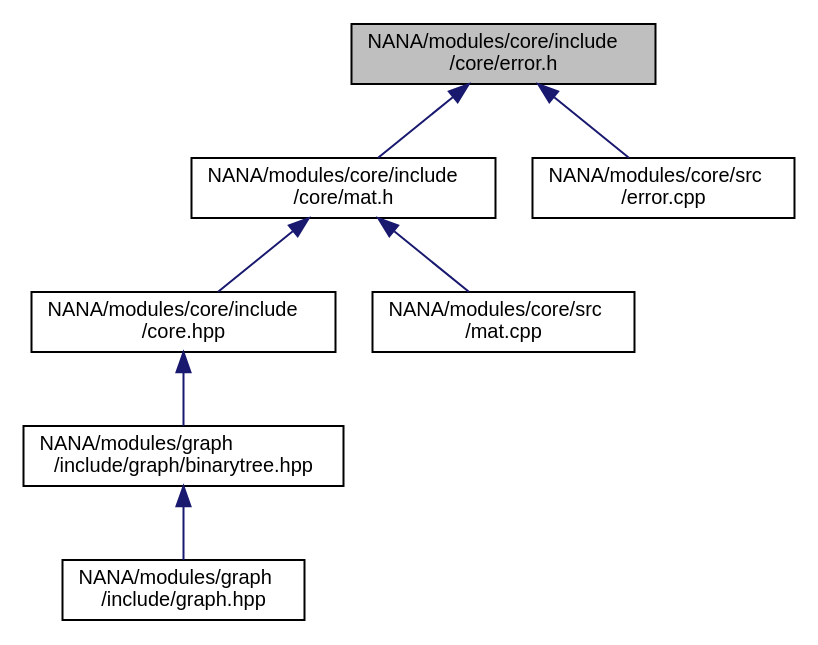
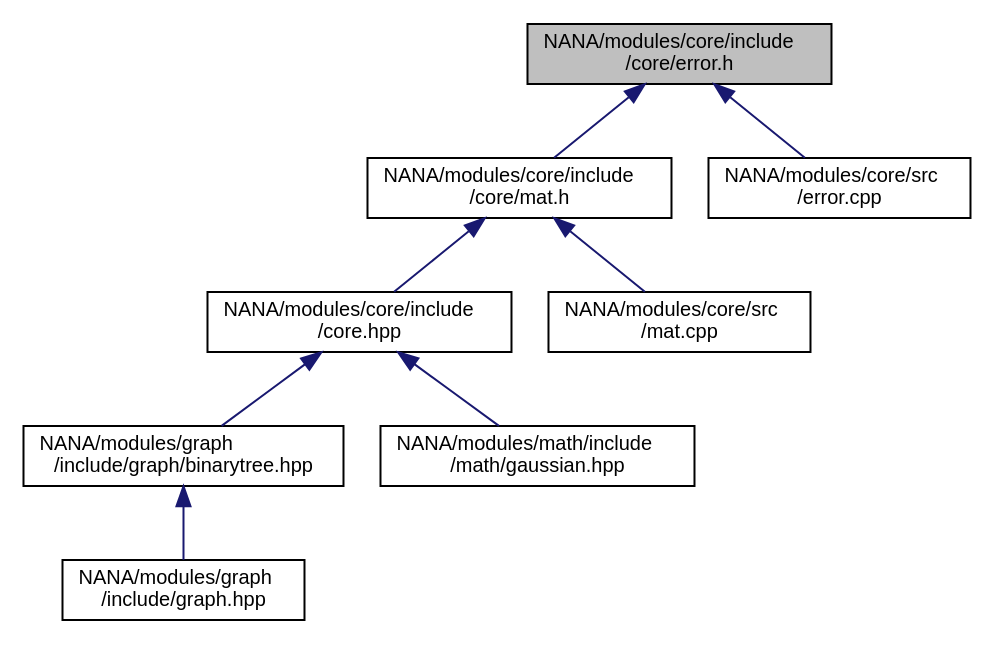
The diagram in docs/error_8h__dep__incl.dot (YuruTu/NANA), drawn with Graphviz before and after one commit. The commit also changed 149 other files, not shown here.

```diff
--- a/docs/error_8h__dep__incl.dot
+++ b/docs/error_8h__dep__incl.dot
@@ -1,19 +1,21 @@
 digraph "NANA/modules/core/include/core/error.h"
 {
  // LATEX_PDF_SIZE
   edge [fontname="Helvetica",fontsize="10",labelfontname="Helvetica",labelfontsize="10"];
   node [fontname="Helvetica",fontsize="10",shape=record];
   Node1 [label="NANA/modules/core/include\l/core/error.h",height=0.2,width=0.4,color="black", fillcolor="grey75", style="filled", fontcolor="black",tooltip="用于抛出异常"];
   Node1 -> Node2 [dir="back",color="midnightblue",fontsize="10",style="solid",fontname="Helvetica"];
   Node2 [label="NANA/modules/core/include\l/core/mat.h",height=0.2,width=0.4,color="black", fillcolor="white", style="filled",URL="$mat_8h.html",tooltip="实现一个用于矩阵运算的模板类(仍在实现当中)"];
   Node2 -> Node3 [dir="back",color="midnightblue",fontsize="10",style="solid",fontname="Helvetica"];
   Node3 [label="NANA/modules/core/include\l/core.hpp",height=0.2,width=0.4,color="black", fillcolor="white", style="filled",URL="$core_8hpp.html",tooltip="包含基本的数据结构等"];
   Node3 -> Node4 [dir="back",color="midnightblue",fontsize="10",style="solid",fontname="Helvetica"];
   Node4 [label="NANA/modules/graph\l/include/graph/binarytree.hpp",height=0.2,width=0.4,color="black", fillcolor="white", style="filled",URL="$binarytree_8hpp.html",tooltip="实现二叉树的模板"];
   Node4 -> Node5 [dir="back",color="midnightblue",fontsize="10",style="solid",fontname="Helvetica"];
   Node5 [label="NANA/modules/graph\l/include/graph.hpp",height=0.2,width=0.4,color="black", fillcolor="white", style="filled",URL="$graph_8hpp.html",tooltip="实现图论相关算法"];
-  Node2 -> Node6 [dir="back",color="midnightblue",fontsize="10",style="solid",fontname="Helvetica"];
-  Node6 [label="NANA/modules/core/src\l/mat.cpp",height=0.2,width=0.4,color="black", fillcolor="white", style="filled",URL="$mat_8cpp.html",tooltip="实现Mat的相关功能"];
-  Node1 -> Node7 [dir="back",color="midnightblue",fontsize="10",style="solid",fontname="Helvetica"];
-  Node7 [label="NANA/modules/core/src\l/error.cpp",height=0.2,width=0.4,color="black", fillcolor="white", style="filled",URL="$error_8cpp_source.html",tooltip=" "];
+  Node3 -> Node6 [dir="back",color="midnightblue",fontsize="10",style="solid",fontname="Helvetica"];
+  Node6 [label="NANA/modules/math/include\l/math/gaussian.hpp",height=0.2,width=0.4,color="black", fillcolor="white", style="filled",URL="$gaussian_8hpp_source.html",tooltip=" "];
+  Node2 -> Node7 [dir="back",color="midnightblue",fontsize="10",style="solid",fontname="Helvetica"];
+  Node7 [label="NANA/modules/core/src\l/mat.cpp",height=0.2,width=0.4,color="black", fillcolor="white", style="filled",URL="$mat_8cpp.html",tooltip="实现Mat的相关功能"];
+  Node1 -> Node8 [dir="back",color="midnightblue",fontsize="10",style="solid",fontname="Helvetica"];
+  Node8 [label="NANA/modules/core/src\l/error.cpp",height=0.2,width=0.4,color="black", fillcolor="white", style="filled",URL="$error_8cpp_source.html",tooltip=" "];
 }
```
